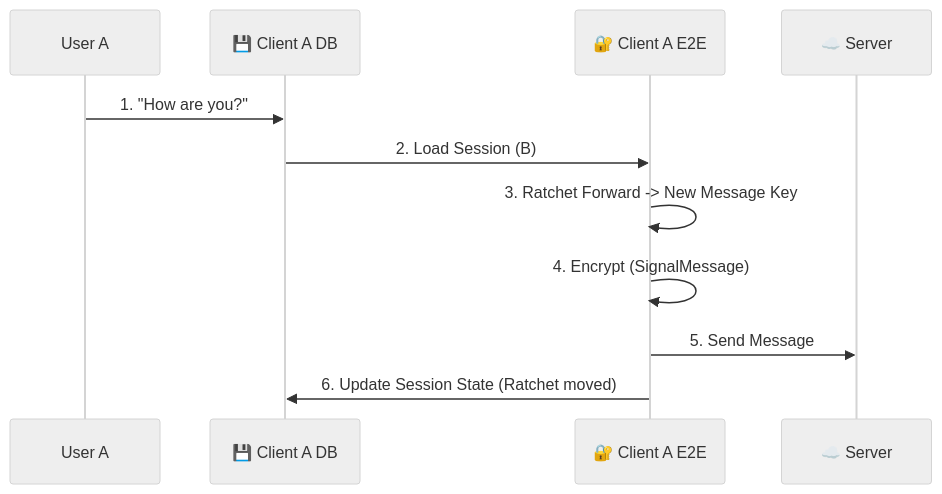
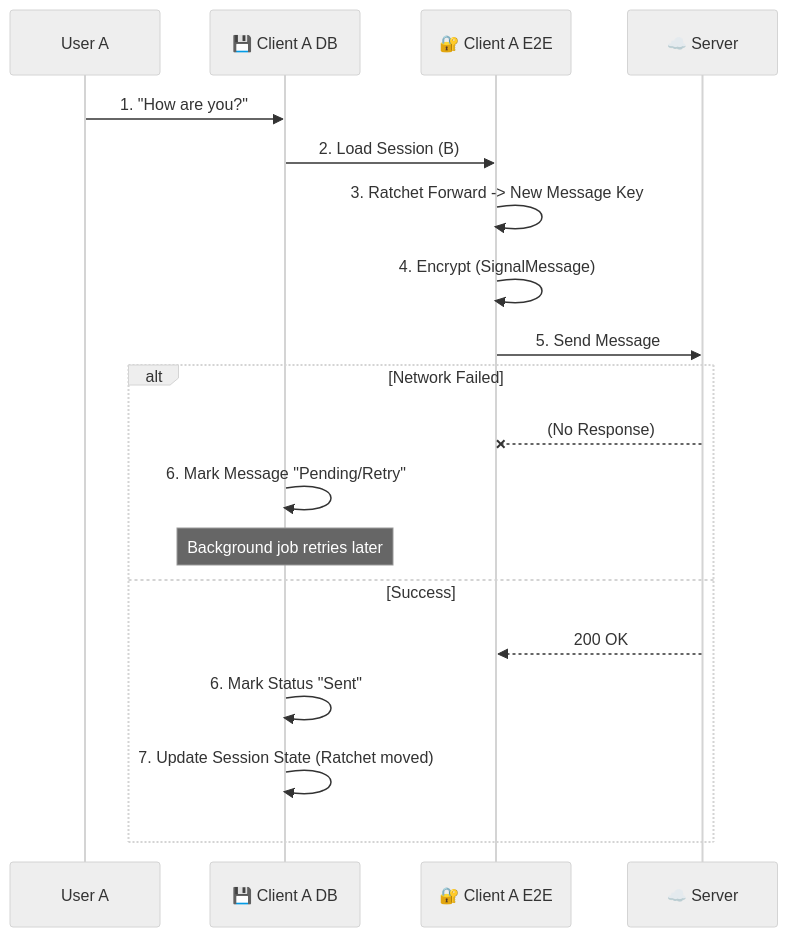
One commit to pingappduniya-oss/Ping-App-Complete-Use-Case-Flows-Technical-Deep-Dive- changed the fifth of 18 diagrams in CompleteUseCaseFlows.md. Above: the diagram before and after it, drawn with Mermaid (neutral theme). The commit also changed other lines of this file, not shown here.

````diff
--- a/CompleteUseCaseFlows.md
+++ b/CompleteUseCaseFlows.md
@@ -118,14 +150,24 @@
 ```mermaid
 sequenceDiagram
     participant UA as User A
     participant CA_DB as 💾 Client A DB
     participant CA_E2E as 🔐 Client A E2E
     participant Server as ☁️ Server
     
     UA->>CA_DB: 1. "How are you?"
     CA_DB->>CA_E2E: 2. Load Session (B)
     CA_E2E->>CA_E2E: 3. Ratchet Forward -> New Message Key
     CA_E2E->>CA_E2E: 4. Encrypt (SignalMessage)
+    
     CA_E2E->>Server: 5. Send Message
-    CA_E2E->>CA_DB: 6. Update Session State (Ratchet moved)
+    
+    alt Network Failed
+        Server--xCA_E2E: (No Response)
+        CA_DB->>CA_DB: 6. Mark Message "Pending/Retry"
+        Note over CA_DB: Background job retries later
+    else Success
+        Server-->>CA_E2E: 200 OK
+        CA_DB->>CA_DB: 6. Mark Status "Sent"
+        CA_DB->>CA_DB: 7. Update Session State (Ratchet moved)
+    end
 ```
````
